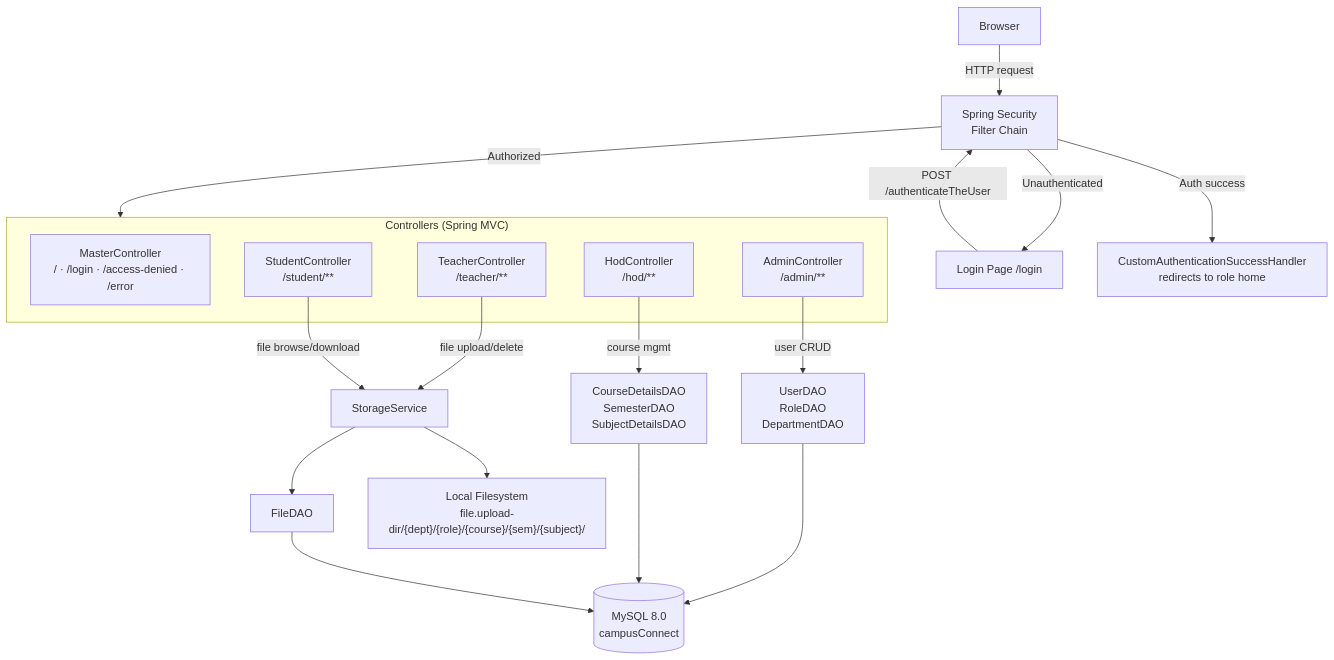
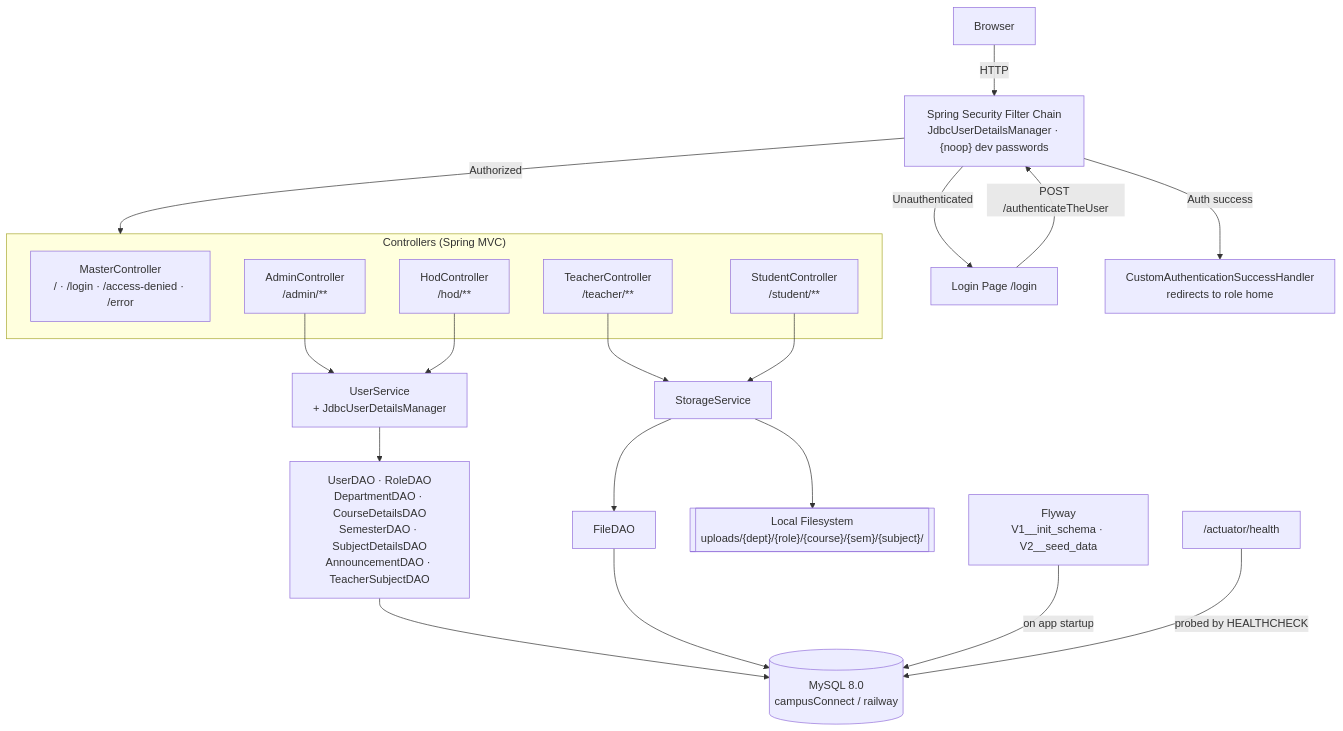
One commit to subodhadhikari2023/CampusConnect changed the third of 5 diagrams in ARCHITECTURE.md. Above: the diagram before and after it, drawn with Mermaid. The commit also changed other lines of this file and 1 other file, not shown here.

First line of the commit message:
docs: update ARCHITECTURE.md and README for v1.0

````diff
--- a/ARCHITECTURE.md
+++ b/ARCHITECTURE.md
@@ -7,30 +107,33 @@
 ```mermaid
 flowchart TD
-    Browser -->|HTTP request| Security["Spring Security\nFilter Chain"]
+    Browser -->|HTTP| Security["Spring Security Filter Chain\nJdbcUserDetailsManager · {noop} dev passwords"]
 
     Security -->|Unauthenticated| Login["Login Page  /login"]
     Login -->|POST /authenticateTheUser| Security
     Security -->|Auth success| Handler["CustomAuthenticationSuccessHandler\nredirects to role home"]
 
     Security -->|Authorized| Controllers
 
     subgraph Controllers["Controllers (Spring MVC)"]
         MC["MasterController\n/ · /login · /access-denied · /error"]
         AC["AdminController\n/admin/**"]
         HC["HodController\n/hod/**"]
         TC["TeacherController\n/teacher/**"]
         SC["StudentController\n/student/**"]
     end
 
-    AC -->|user CRUD| UD["UserDAO\nRoleDAO\nDepartmentDAO"]
-    HC -->|course mgmt| CD["CourseDetailsDAO\nSemesterDAO\nSubjectDetailsDAO"]
-    TC -->|file upload/delete| SS["StorageService"]
-    SC -->|file browse/download| SS
+    AC --> US["UserService\n+ JdbcUserDetailsManager"]
+    HC --> US
+    TC --> SS["StorageService"]
+    SC --> SS
 
+    US --> DAO["UserDAO · RoleDAO\nDepartmentDAO · CourseDetailsDAO\nSemesterDAO · SubjectDetailsDAO\nAnnouncementDAO · TeacherSubjectDAO"]
     SS --> FD["FileDAO"]
-    SS --> FS["Local Filesystem\nfile.upload-dir/{dept}/{role}/{course}/{sem}/{subject}/"]
+    SS --> FS[["Local Filesystem\nuploads/{dept}/{role}/{course}/{sem}/{subject}/"]]
 
-    UD --> DB[(MySQL 8.0\ncampusConnect)]
-    CD --> DB
+    DAO --> DB[("MySQL 8.0\ncampusConnect / railway")]
     FD --> DB
+
+    FW["Flyway\nV1__init_schema · V2__seed_data"] -->|"on app startup"| DB
+    ACT["/actuator/health"] -->|"probed by HEALTHCHECK"| DB
 ```
````
